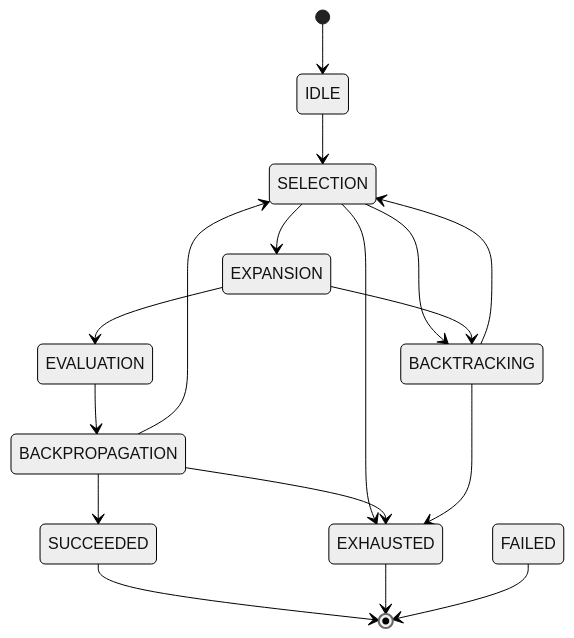
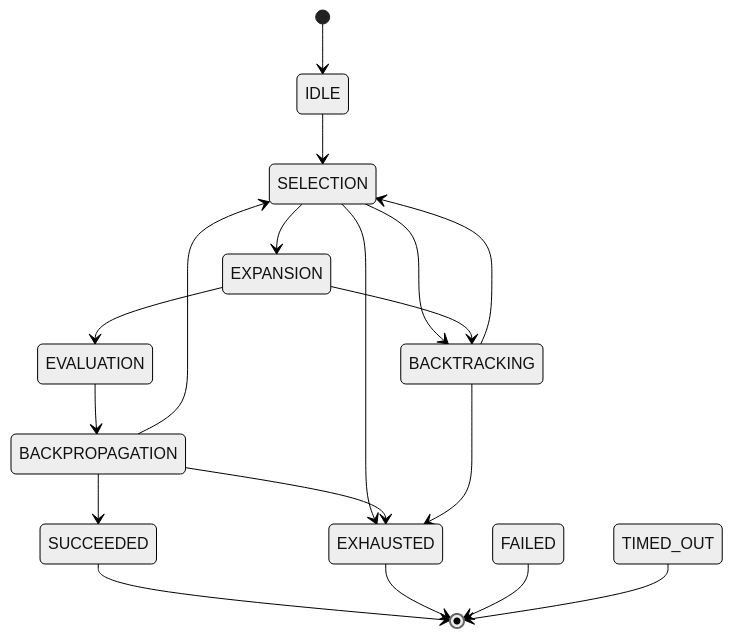
One commit to Carlosmarroquin20/CognitiveTree-AI changed the second of 2 diagrams in README.md. Above: the diagram before and after it, drawn with Mermaid (neutral theme). The commit also changed other lines of this file and 11 other files, not shown here.

Commit message:
feat: implement global wall-clock budget for search runs; add TIMED_OUT phase and related configurations

````diff
--- a/README.md
+++ b/README.md
@@ -59,19 +59,20 @@
 ```mermaid
 stateDiagram-v2
     [*] --> IDLE
     IDLE --> SELECTION
     SELECTION --> EXPANSION
     SELECTION --> BACKTRACKING
     SELECTION --> EXHAUSTED
     EXPANSION --> EVALUATION
     EXPANSION --> BACKTRACKING
     EVALUATION --> BACKPROPAGATION
     BACKPROPAGATION --> SELECTION
     BACKPROPAGATION --> SUCCEEDED
     BACKPROPAGATION --> EXHAUSTED
     BACKTRACKING --> SELECTION
     BACKTRACKING --> EXHAUSTED
     SUCCEEDED --> [*]
     EXHAUSTED --> [*]
     FAILED --> [*]
+    TIMED_OUT --> [*]
 ```
````
